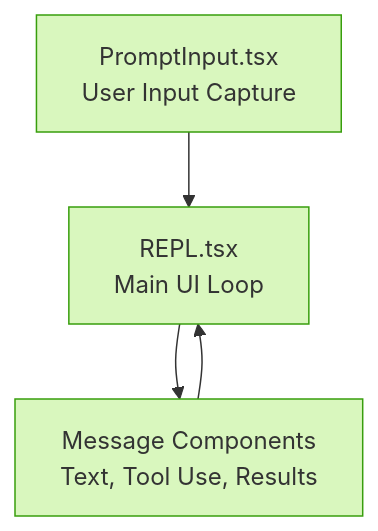
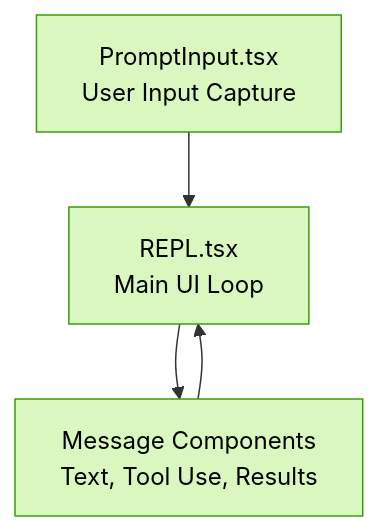
The second of 8 diagrams in src/system-architecture-diagram.md (Szermer/QED), drawn with Mermaid before and after one commit. The commit also changed other lines of this file and 4 other files, not shown here.

Commit message:
style: improving readability in darkmode of some mermaid diagrams

````diff
--- a/src/system-architecture-diagram.md
+++ b/src/system-architecture-diagram.md
@@ -75,13 +75,13 @@
 ```mermaid
 flowchart TB
     UI_Input["PromptInput.tsx\nUser Input Capture"]
     UI_Messages["Message Components\nText, Tool Use, Results"]
     UI_REPL["REPL.tsx\nMain UI Loop"]
     
     UI_Input --> UI_REPL
     UI_REPL --> UI_Messages
     UI_Messages --> UI_REPL
     
-    classDef UI fill:#d9f7be,stroke:#389e0d
+    classDef UI fill:#d9f7be,stroke:#389e0d,color:#000000
     class UI_Input,UI_Messages,UI_REPL UI
 ```
````
